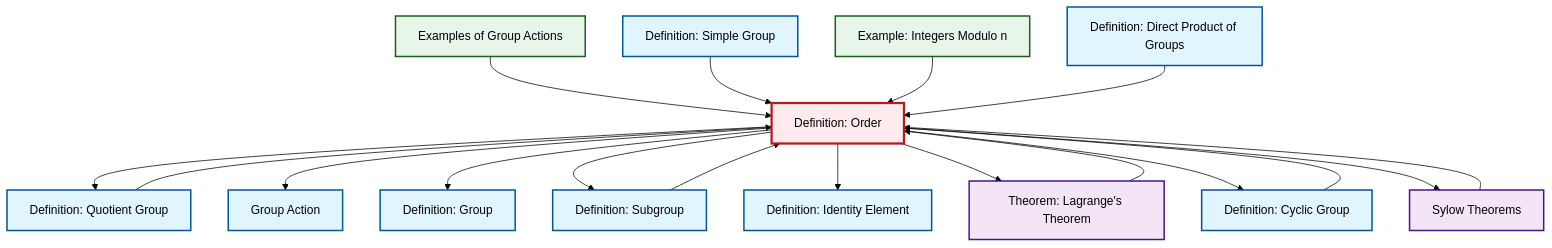
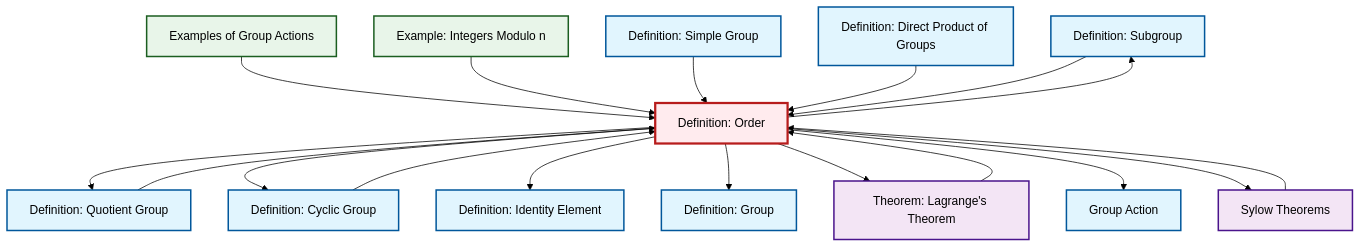
Before and after one commit to RK0429/ModernMath: the diagram in content/en/algebra/def-order.qmd, drawn with Mermaid (forest theme). The commit also changed other lines of this file and 672 other files, not shown here.

````diff
--- a/content/en/algebra/def-order.qmd
+++ b/content/en/algebra/def-order.qmd
@@ -80,52 +80,52 @@
 ```{mermaid}
 %%| fig-cap: "Local dependency graph"
 graph TD
     classDef definition fill:#e1f5fe,stroke:#01579b,stroke-width:2px
     classDef theorem fill:#f3e5f5,stroke:#4a148c,stroke-width:2px
     classDef axiom fill:#fff3e0,stroke:#e65100,stroke-width:2px
     classDef example fill:#e8f5e9,stroke:#1b5e20,stroke-width:2px
     classDef current fill:#ffebee,stroke:#b71c1c,stroke-width:3px
-    def-simple-group["Definition: Simple Group"]:::definition
-    def-identity-element["Definition: Identity Element"]:::definition
     def-subgroup["Definition: Subgroup"]:::definition
     def-cyclic-group["Definition: Cyclic Group"]:::definition
     def-order["Definition: Order"]:::definition
+    def-quotient-group["Definition: Quotient Group"]:::definition
+    def-direct-product["Definition: Direct Product of Groups"]:::definition
+    ex-group-action-examples["Examples of Group Actions"]:::example
+    ex-quotient-integers-mod-n["Example: Integers Modulo n"]:::example
+    thm-lagrange["Theorem: Lagrange's Theorem"]:::theorem
+    def-identity-element["Definition: Identity Element"]:::definition
+    def-group["Definition: Group"]:::definition
+    thm-sylow["Sylow Theorems"]:::theorem
+    def-simple-group["Definition: Simple Group"]:::definition
     def-group-action["Group Action"]:::definition
-    thm-lagrange["Theorem: Lagrange's Theorem"]:::theorem
-    thm-sylow["Sylow Theorems"]:::theorem
-    def-quotient-group["Definition: Quotient Group"]:::definition
-    ex-group-action-examples["Examples of Group Actions"]:::example
-    def-direct-product["Definition: Direct Product of Groups"]:::definition
-    def-group["Definition: Group"]:::definition
-    ex-quotient-integers-mod-n["Example: Integers Modulo n"]:::example
     def-order --> def-quotient-group
+    def-order --> def-cyclic-group
+    def-order --> def-identity-element
     ex-group-action-examples --> def-order
-    def-order --> def-group-action
-    def-order --> def-group
-    def-order --> def-subgroup
-    thm-sylow --> def-order
-    def-order --> def-identity-element
+    ex-quotient-integers-mod-n --> def-order
+    def-quotient-group --> def-order
     def-simple-group --> def-order
     thm-lagrange --> def-order
+    def-order --> def-group
+    def-order --> thm-lagrange
     def-cyclic-group --> def-order
-    ex-quotient-integers-mod-n --> def-order
-    def-order --> thm-lagrange
-    def-quotient-group --> def-order
-    def-order --> def-cyclic-group
+    def-order --> def-group-action
+    def-direct-product --> def-order
     def-subgroup --> def-order
-    def-direct-product --> def-order
     def-order --> thm-sylow
+    thm-sylow --> def-order
+    def-order --> def-subgroup
     class def-order current
-    click def-simple-group "def-simple-group.html" "Go to Simple Group definition"
-    click def-identity-element "def-identity-element.html" "Go to Identity Element definition"
     click def-subgroup "def-subgroup.html" "Go to Subgroup definition"
     click def-cyclic-group "def-cyclic-group.html" "Go to Cyclic Group definition"
+    click def-quotient-group "def-quotient-group.html" "Go to Quotient Group definition"
+    click def-direct-product "def-direct-product.html" "Go to Direct Product of Groups definition"
+    click ex-group-action-examples "ex-group-action-examples.html" "Go to Examples of Group Actions"
+    click ex-quotient-integers-mod-n "ex-quotient-integers-mod-n.html" "Go to Integers Modulo n example"
+    click thm-lagrange "thm-lagrange.html" "Go to Lagrange's Theorem theorem"
+    click def-identity-element "def-identity-element.html" "Go to Identity Element definition"
+    click def-group "def-group.html" "Go to Group definition"
+    click thm-sylow "thm-sylow.html" "Go to Sylow Theorems"
+    click def-simple-group "def-simple-group.html" "Go to Simple Group definition"
     click def-group-action "def-group-action.html" "Go to Group Action"
-    click thm-lagrange "thm-lagrange.html" "Go to Lagrange's Theorem theorem"
-    click thm-sylow "thm-sylow.html" "Go to Sylow Theorems"
-    click def-quotient-group "def-quotient-group.html" "Go to Quotient Group definition"
-    click ex-group-action-examples "ex-group-action-examples.html" "Go to Examples of Group Actions"
-    click def-direct-product "def-direct-product.html" "Go to Direct Product of Groups definition"
-    click def-group "def-group.html" "Go to Group definition"
-    click ex-quotient-integers-mod-n "ex-quotient-integers-mod-n.html" "Go to Integers Modulo n example"
 ```
````
